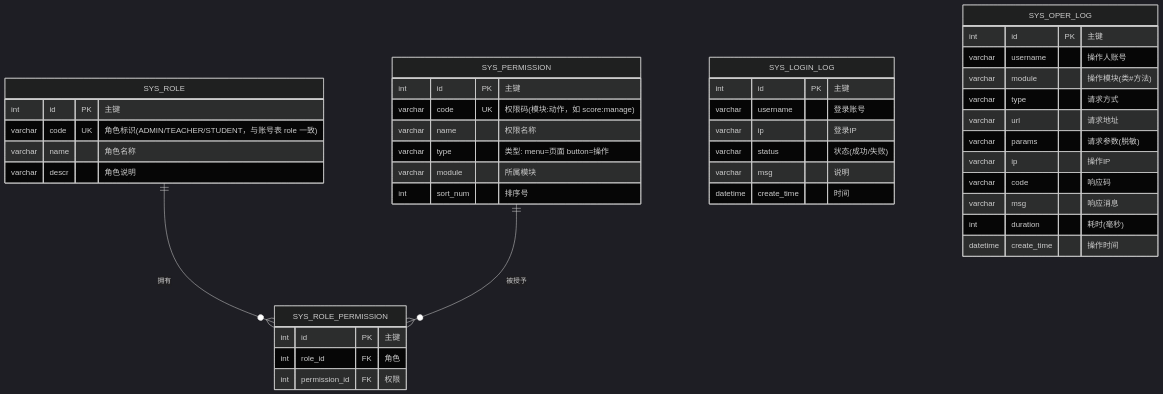
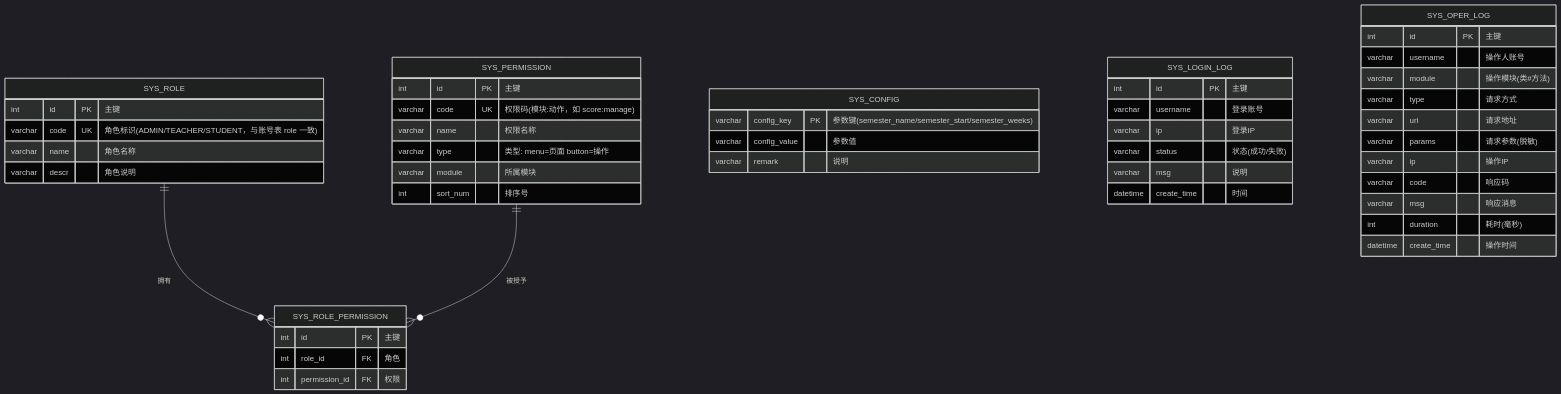
One commit to waitrain72-byte/education-admin-system changed the third of 3 diagrams in docs/数据库ER图.md. Above: the diagram before and after it, drawn with Mermaid (dark theme). The commit also changed other lines of this file and 37 other files, not shown here.

````diff
--- a/docs/数据库ER图.md
+++ b/docs/数据库ER图.md
@@ -186,46 +301,51 @@
 ```mermaid
 erDiagram
     SYS_ROLE {
         int id PK "主键"
         varchar code UK "角色标识(ADMIN/TEACHER/STUDENT，与账号表 role 一致)"
         varchar name "角色名称"
         varchar descr "角色说明"
     }
     SYS_PERMISSION {
         int id PK "主键"
         varchar code UK "权限码(模块:动作，如 score:manage)"
         varchar name "权限名称"
         varchar type "类型: menu=页面 button=操作"
         varchar module "所属模块"
         int sort_num "排序号"
     }
     SYS_ROLE_PERMISSION {
         int id PK "主键"
         int role_id FK "角色"
         int permission_id FK "权限"
+    }
+    SYS_CONFIG {
+        varchar config_key PK "参数键(semester_name/semester_start/semester_weeks)"
+        varchar config_value "参数值"
+        varchar remark "说明"
     }
     SYS_LOGIN_LOG {
         int id PK "主键"
         varchar username "登录账号"
         varchar ip "登录IP"
         varchar status "状态(成功/失败)"
         varchar msg "说明"
         datetime create_time "时间"
     }
     SYS_OPER_LOG {
         int id PK "主键"
         varchar username "操作人账号"
         varchar module "操作模块(类#方法)"
         varchar type "请求方式"
         varchar url "请求地址"
         varchar params "请求参数(脱敏)"
         varchar ip "操作IP"
         varchar code "响应码"
         varchar msg "响应消息"
         int duration "耗时(毫秒)"
         datetime create_time "操作时间"
     }
 
     SYS_ROLE ||--o{ SYS_ROLE_PERMISSION : "拥有"
     SYS_PERMISSION ||--o{ SYS_ROLE_PERMISSION : "被授予"
 ```
````
